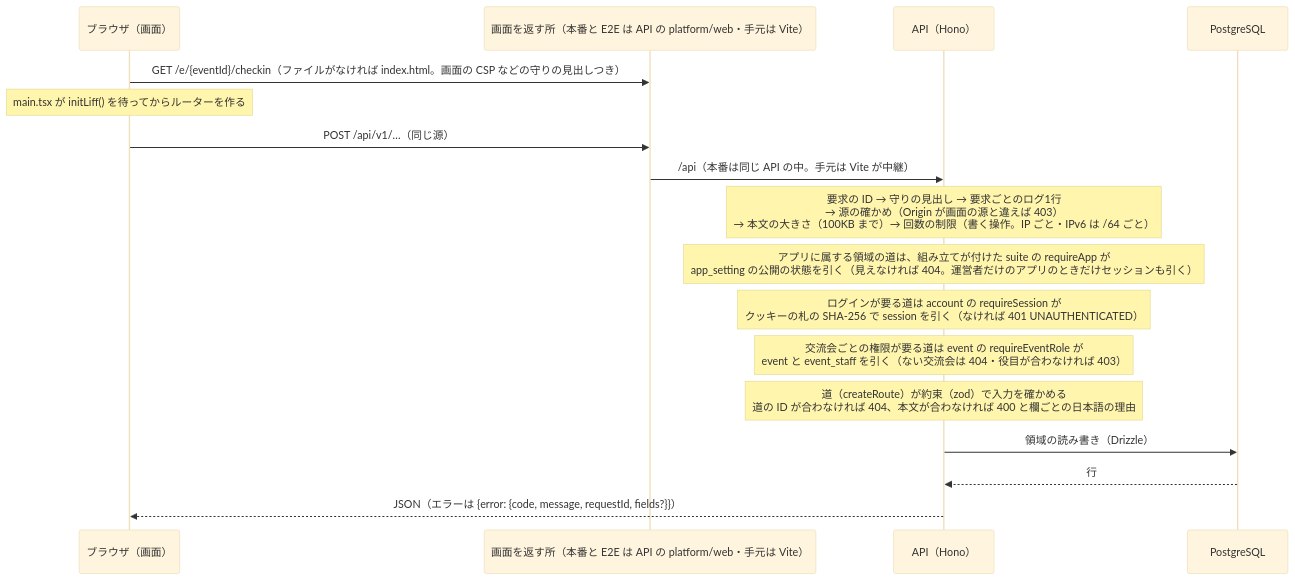
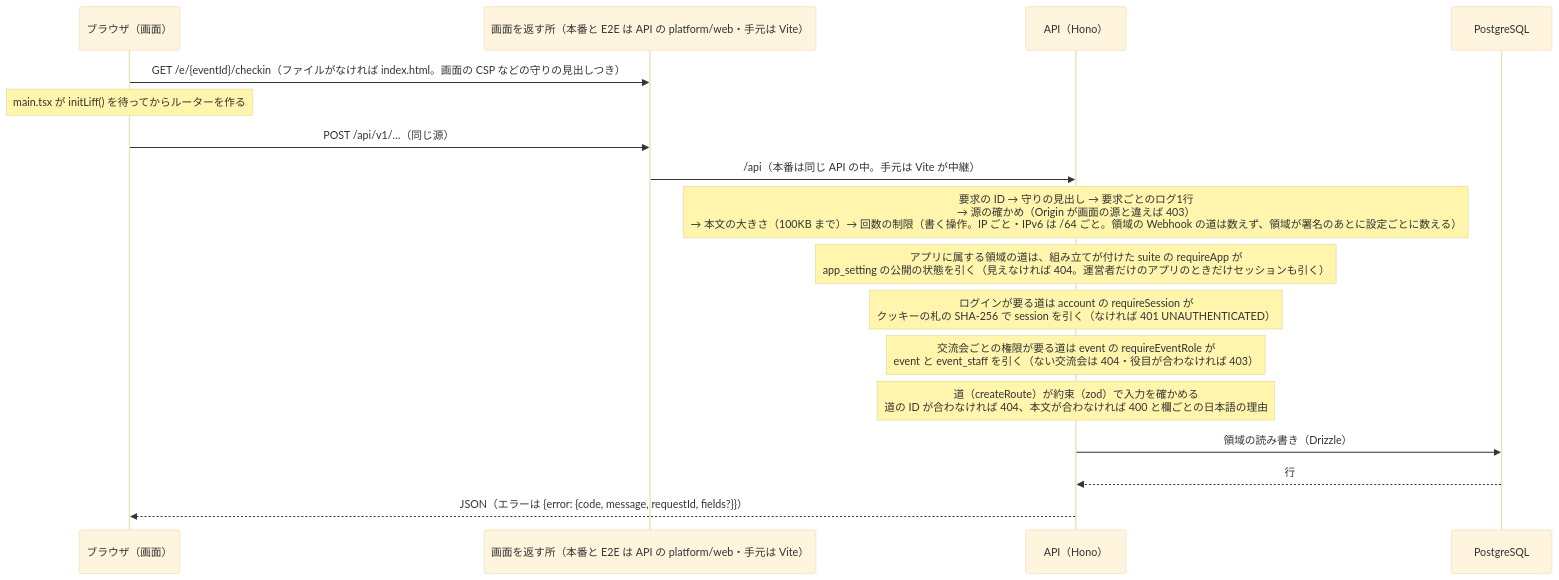
The third of 3 diagrams in docs/architecture.md (takumi-okuya-dev/kanaeru-apps), drawn with Mermaid (base theme) before and after one commit. The commit also changed other lines of this file and 7 other files, not shown here.

````diff
--- a/docs/architecture.md
+++ b/docs/architecture.md
@@ -123,19 +123,19 @@
 ```mermaid
 sequenceDiagram
   participant B as ブラウザ（画面）
   participant V as 画面を返す所（本番と E2E は API の platform/web・手元は Vite）
   participant A as API（Hono）
   participant D as PostgreSQL
   B->>V: GET /e/{eventId}/checkin（ファイルがなければ index.html。画面の CSP などの守りの見出しつき）
   Note over B: main.tsx が initLiff() を待ってからルーターを作る
   B->>V: POST /api/v1/…（同じ源）
   V->>A: /api（本番は同じ API の中。手元は Vite が中継）
-  Note over A: 要求の ID → 守りの見出し → 要求ごとのログ1行<br/>→ 源の確かめ（Origin が画面の源と違えば 403）<br/>→ 本文の大きさ（100KB まで）→ 回数の制限（書く操作。IP ごと・IPv6 は /64 ごと）
+  Note over A: 要求の ID → 守りの見出し → 要求ごとのログ1行<br/>→ 源の確かめ（Origin が画面の源と違えば 403）<br/>→ 本文の大きさ（100KB まで）→ 回数の制限（書く操作。IP ごと・IPv6 は /64 ごと。領域の Webhook の道は数えず、領域が署名のあとに設定ごとに数える）
   Note over A: アプリに属する領域の道は、組み立てが付けた suite の requireApp が<br/>app_setting の公開の状態を引く（見えなければ 404。運営者だけのアプリのときだけセッションも引く）
   Note over A: ログインが要る道は account の requireSession が<br/>クッキーの札の SHA-256 で session を引く（なければ 401 UNAUTHENTICATED）
   Note over A: 交流会ごとの権限が要る道は event の requireEventRole が<br/>event と event_staff を引く（ない交流会は 404・役目が合わなければ 403）
   Note over A: 道（createRoute）が約束（zod）で入力を確かめる<br/>道の ID が合わなければ 404、本文が合わなければ 400 と欄ごとの日本語の理由
   A->>D: 領域の読み書き（Drizzle）
   D-->>A: 行
   A-->>B: JSON（エラーは {error: {code, message, requestId, fields?}}）
 ```
````
